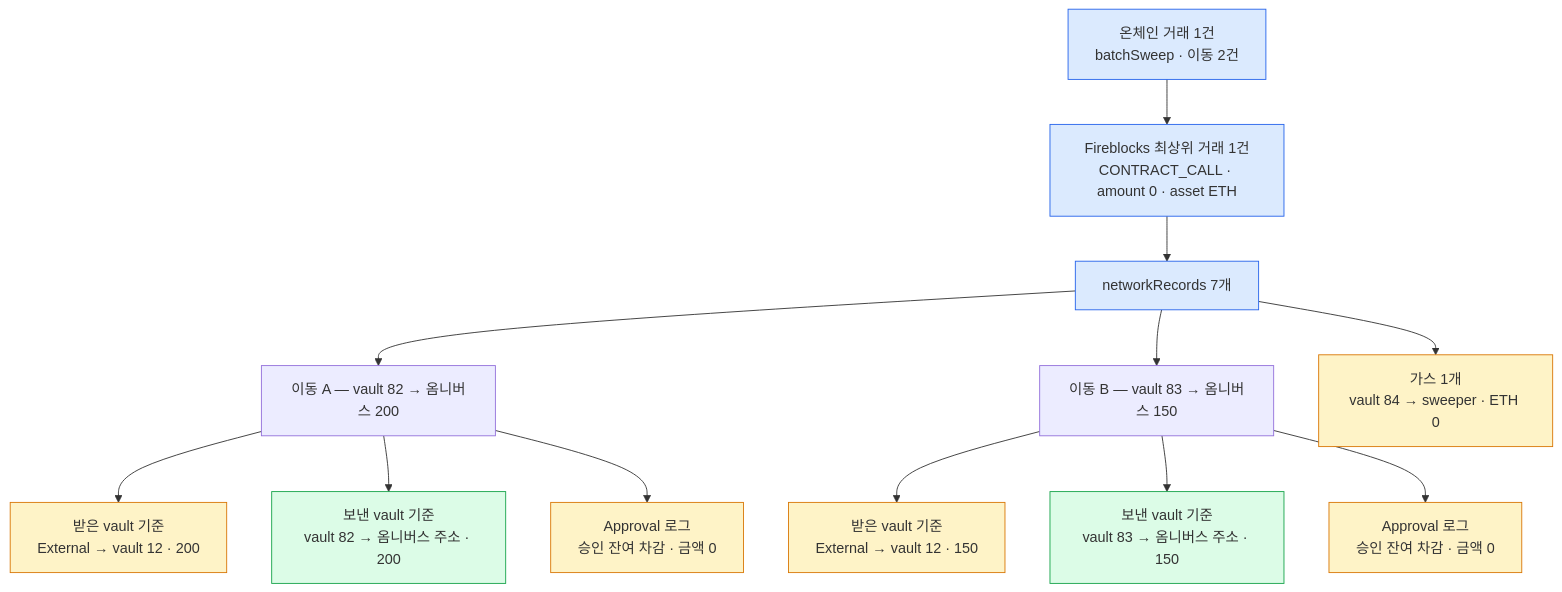
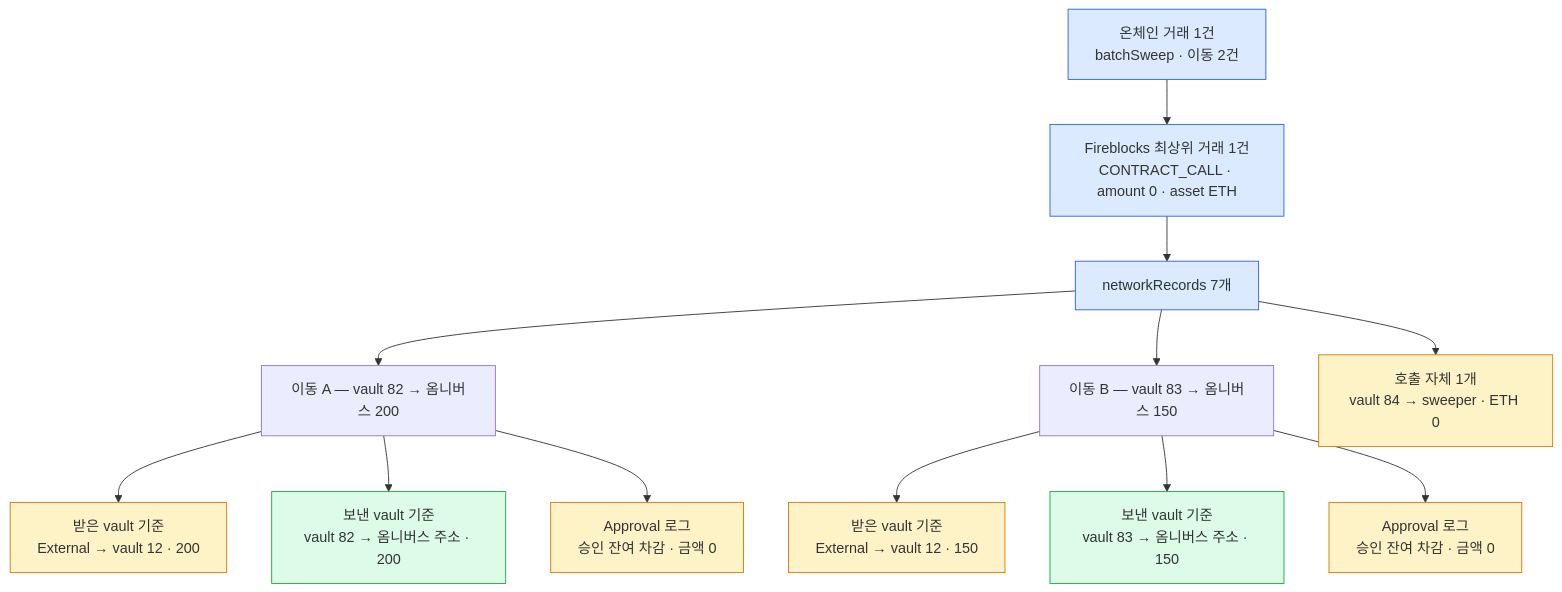
One commit to eunsujeo/eunpus changed the second of 2 diagrams in blockchain-manager/docs/BC/설계/95-approve-pull-poc-result.md. Above: the diagram before and after it, drawn with Mermaid. The commit also changed other lines of this file and 3 other files, not shown here.

````diff
--- a/blockchain-manager/docs/BC/설계/95-approve-pull-poc-result.md
+++ b/blockchain-manager/docs/BC/설계/95-approve-pull-poc-result.md
@@ -94,22 +94,22 @@
 ```mermaid
 flowchart TB
   TX["온체인 거래 1건<br/>batchSweep · 이동 2건"] --> FB["Fireblocks 최상위 거래 1건<br/>CONTRACT_CALL · amount 0 · asset ETH"]
   FB --> NR["networkRecords 7개"]
   NR --> LA["이동 A — vault 82 → 옴니버스 200"]
   NR --> LB["이동 B — vault 83 → 옴니버스 150"]
-  NR --> GAS["가스 1개<br/>vault 84 → sweeper · ETH 0"]
+  NR --> GAS["호출 자체 1개<br/>vault 84 → sweeper · ETH 0"]
   LA --> A1["받은 vault 기준<br/>External → vault 12 · 200"]
   LA --> A2["보낸 vault 기준<br/>vault 82 → 옴니버스 주소 · 200"]
   LA --> A3["Approval 로그<br/>승인 잔여 차감 · 금액 0"]
   LB --> B1["받은 vault 기준<br/>External → vault 12 · 150"]
   LB --> B2["보낸 vault 기준<br/>vault 83 → 옴니버스 주소 · 150"]
   LB --> B3["Approval 로그<br/>승인 잔여 차감 · 금액 0"]
 
   classDef good fill:#dcfce7,stroke:#16a34a
   classDef wait fill:#fef3c7,stroke:#d97706
   classDef vault fill:#dbeafe,stroke:#2563eb
   class A2,B2 good
   class A1,B1 wait
   class A3,B3,GAS wait
   class TX,FB,NR vault
 ```
````
